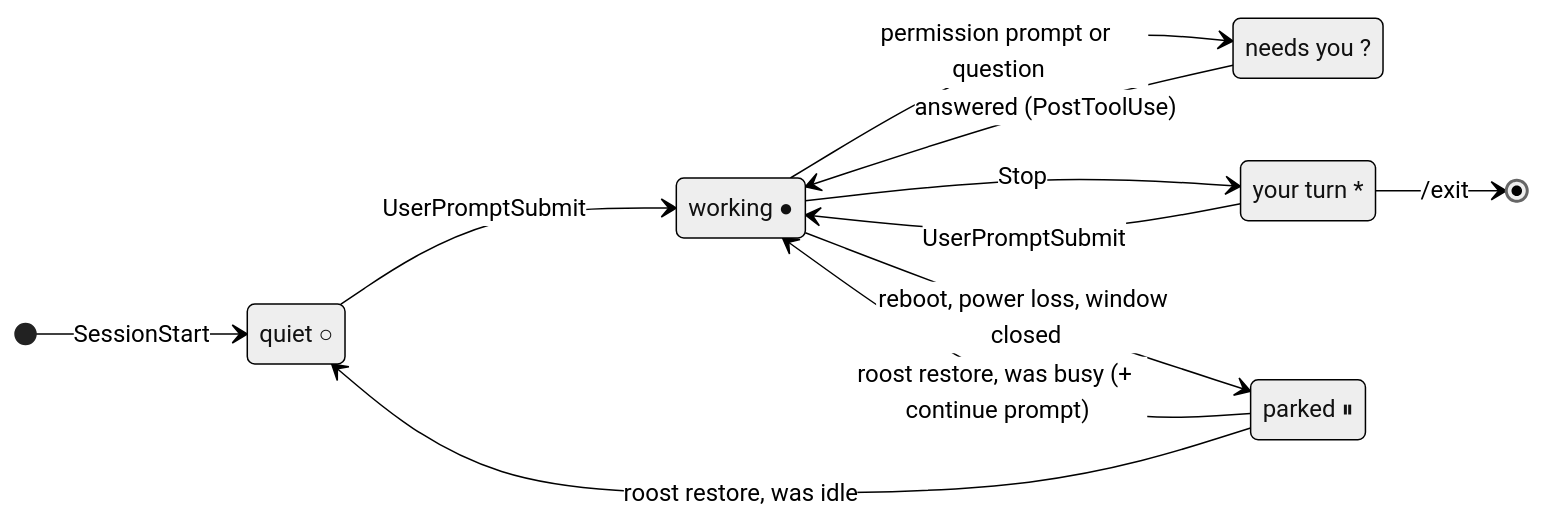
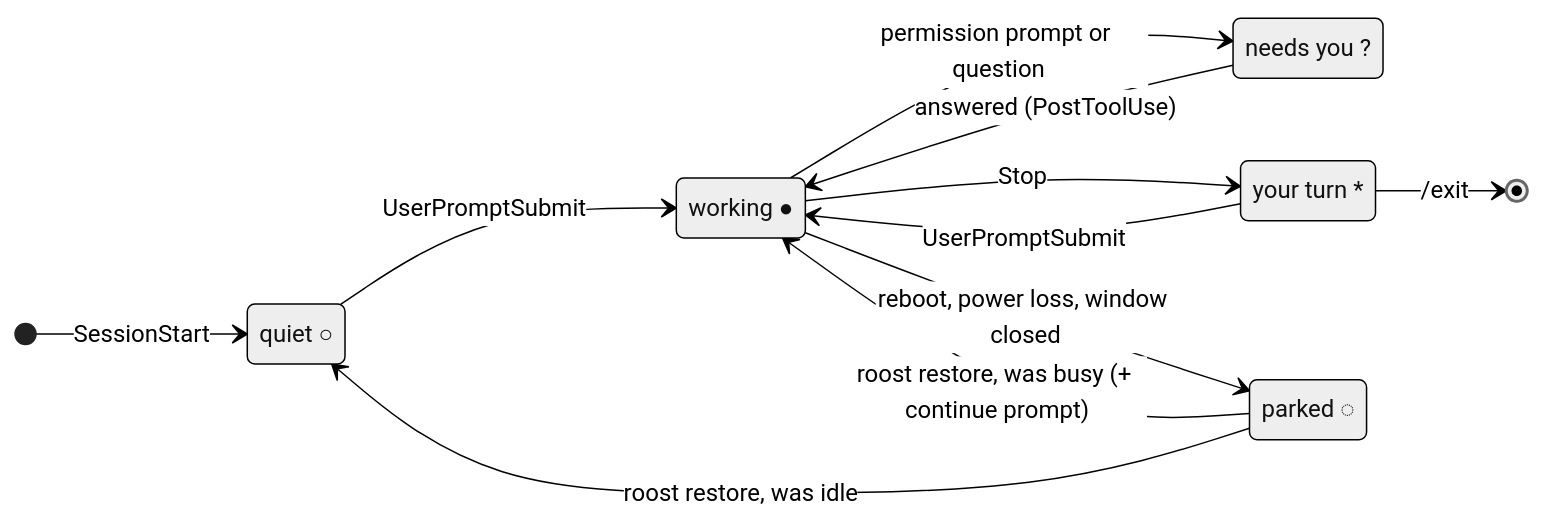
Before and after one commit to ExpectedArgument/roost: the second of 2 diagrams in README.md, drawn with Mermaid (neutral theme). The commit also changed other lines of this file and 4 other files, not shown here.

````diff
--- a/README.md
+++ b/README.md
@@ -82,19 +82,19 @@
 ```mermaid
 stateDiagram-v2
     direction LR
     state "quiet ○" as quiet
     state "working ●" as working
     state "needs you ?" as ask
     state "your turn *" as turn
-    state "parked ⏸" as parked
+    state "parked ◌" as parked
     [*] --> quiet: SessionStart
     quiet --> working: UserPromptSubmit
     working --> ask: permission prompt or question
     ask --> working: answered (PostToolUse)
     working --> turn: Stop
     turn --> working: UserPromptSubmit
     working --> parked: reboot, power loss, window closed
     parked --> working: roost restore, was busy (+ continue prompt)
     parked --> quiet: roost restore, was idle
     turn --> [*]: /exit
 ```
````
